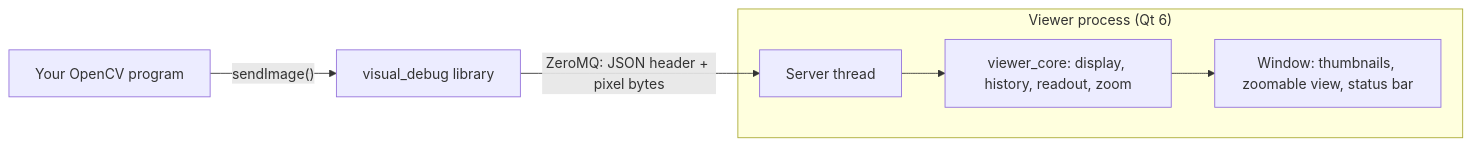
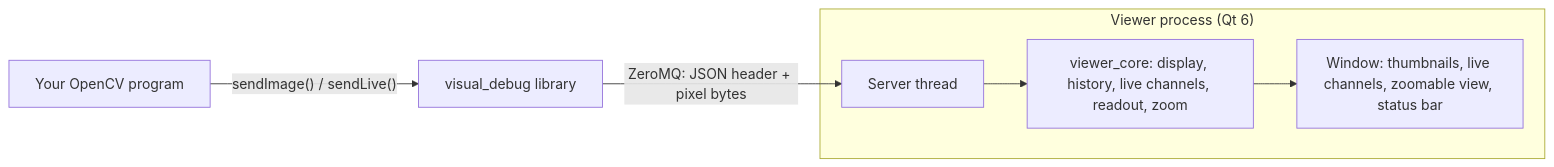
One commit to mbuster8/Image_processing changed the diagram in README.md. Above: the diagram before and after it, drawn with Mermaid. The commit also changed other lines of this file and 4 other files, not shown here.

First line of the commit message:
docs: live channels, display range and live_sender

````diff
--- a/README.md
+++ b/README.md
@@ -38,9 +43,9 @@
 ```mermaid
 flowchart LR
-    host["Your OpenCV program"] -- "sendImage()" --> vd["visual_debug library"]
+    host["Your OpenCV program"] -- "sendImage() / sendLive()" --> vd["visual_debug library"]
     vd -- "ZeroMQ: JSON header + pixel bytes" --> server
     subgraph viewer["Viewer process (Qt 6)"]
-        server["Server thread"] --> core["viewer_core: display, history, readout, zoom"]
-        core --> ui["Window: thumbnails, zoomable view, status bar"]
+        server["Server thread"] --> core["viewer_core: display, history, live channels, readout, zoom"]
+        core --> ui["Window: thumbnails, live channels, zoomable view, status bar"]
     end
 ```
````
